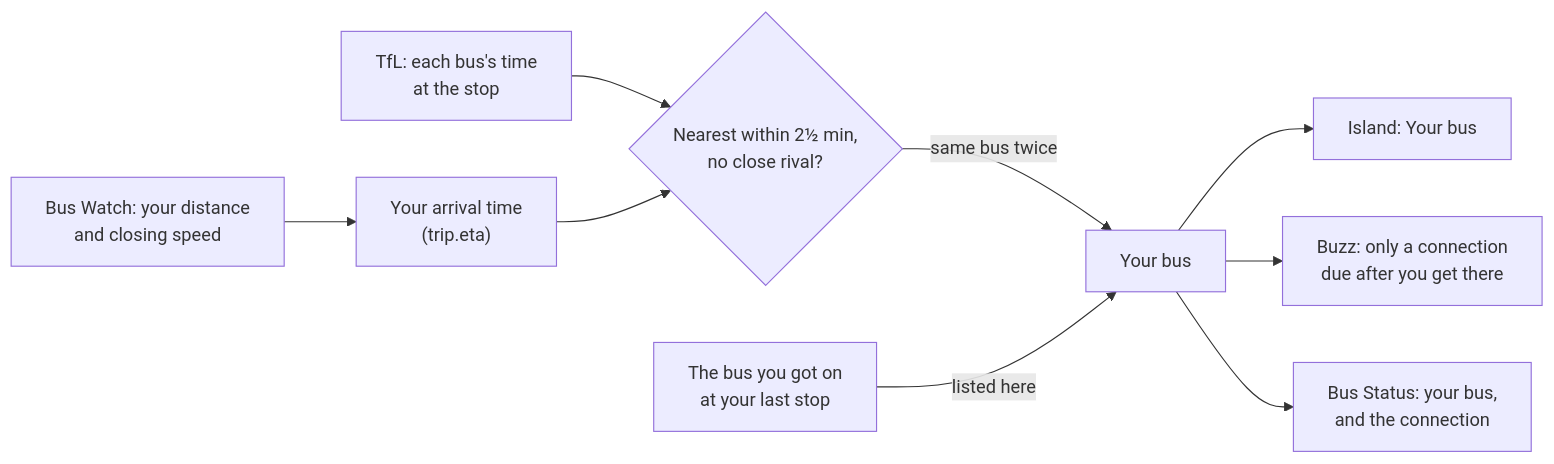
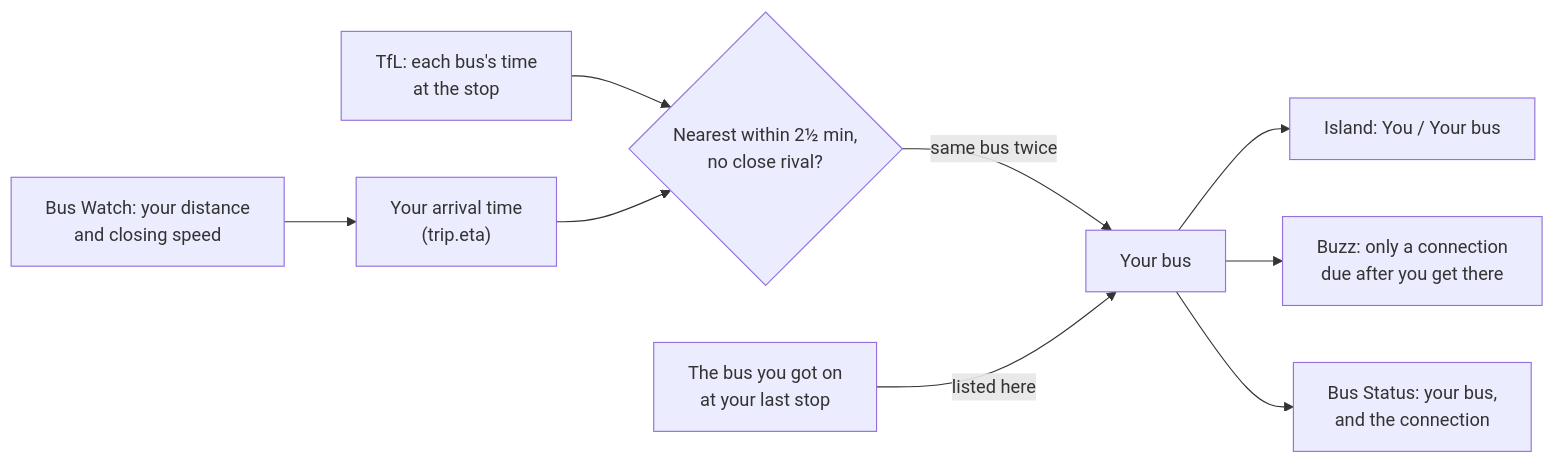
The fourth of 4 diagrams in README.md (Pixxel123/bus-countdown), drawn with Mermaid before and after one commit. The commit also changed other lines of this file and 5 other files, not shown here.

Commit message:
V4.28: label your bus to fit the island

````diff
--- a/README.md
+++ b/README.md
@@ -284,11 +284,11 @@
 ```mermaid
 flowchart LR
     w["Bus Watch: your distance<br/>and closing speed"] --> eta["Your arrival time<br/>(trip.eta)"]
     t["TfL: each bus's time<br/>at the stop"] --> cmp{"Nearest within 2½ min,<br/>no close rival?"}
     eta --> cmp
     cmp -->|"same bus twice"| yours["Your bus"]
     b["The bus you got on<br/>at your last stop"] -->|"listed here"| yours
-    yours --> island["Island: Your bus"]
+    yours --> island["Island: You / Your bus"]
     yours --> buzz["Buzz: only a connection<br/>due after you get there"]
     yours --> status["Bus Status: your bus,<br/>and the connection"]
 ```
````
